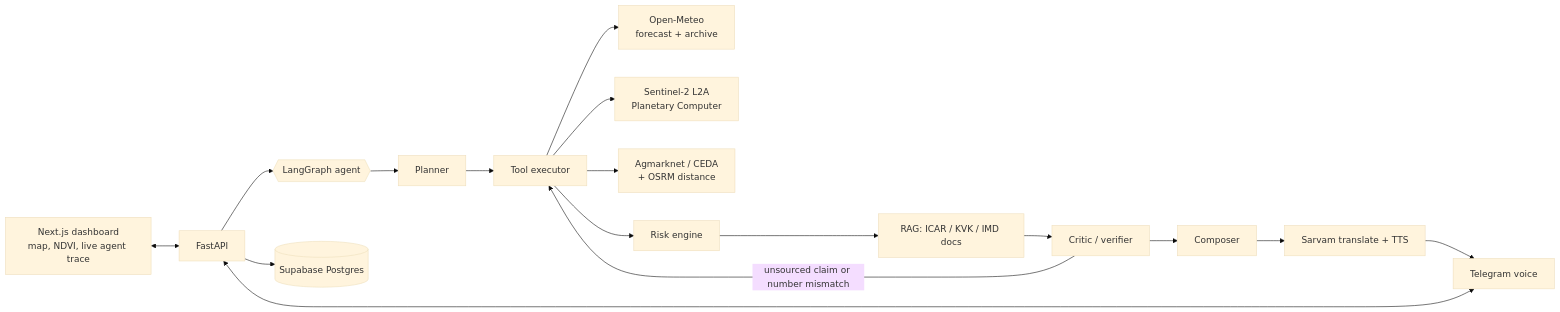
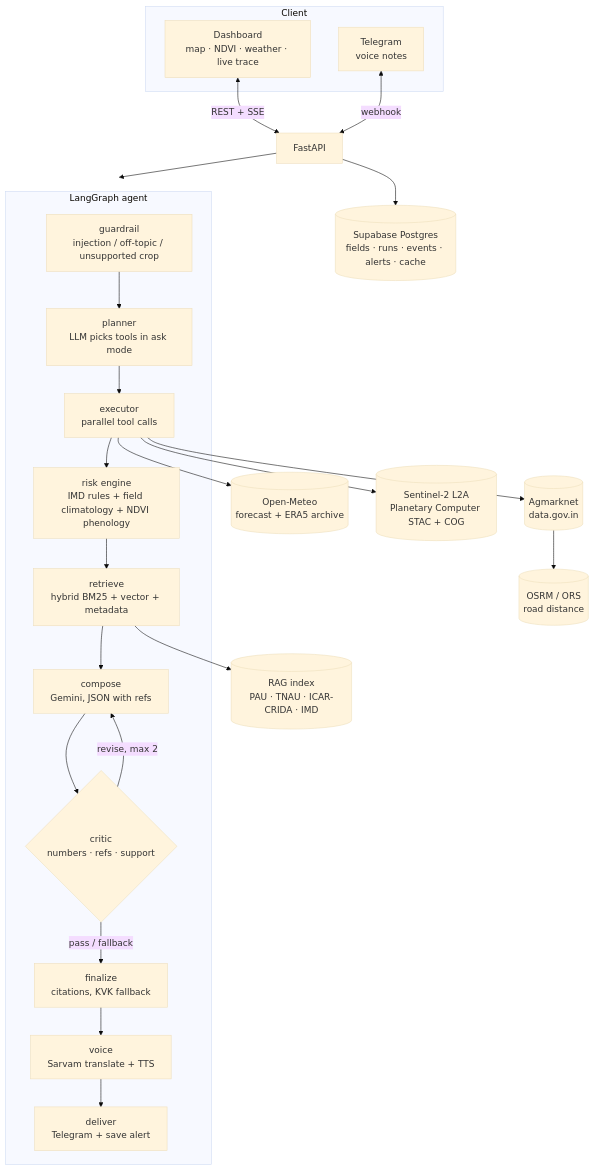
Before and after one commit to Nandani1512/KhetRakshak: the diagram in README.md, drawn with Mermaid (base theme). The commit also changed other lines of this file and 6 other files, not shown here.

Commit message:
Phase 3: neo-brutalist dashboard (EN/HI, low-data), Dockerfile, README

````diff
--- a/README.md
+++ b/README.md
@@ -19,15 +51,30 @@
 ```mermaid
-flowchart LR
-    UI[Next.js dashboard<br/>map, NDVI, live agent trace] <--> API[FastAPI]
-    TG[Telegram voice] <--> API
-    API --> G{{LangGraph agent}}
-    G --> P[Planner] --> T[Tool executor]
-    T --> W[Open-Meteo<br/>forecast + archive]
-    T --> S[Sentinel-2 L2A<br/>Planetary Computer]
-    T --> M[Agmarknet / CEDA<br/>+ OSRM distance]
-    T --> R[Risk engine] --> RAG[RAG: ICAR / KVK / IMD docs]
-    RAG --> C[Critic / verifier]
-    C -- unsourced claim or number mismatch --> T
-    C --> CO[Composer] --> V[Sarvam translate + TTS] --> TG
-    API --> DB[(Supabase Postgres)]
+flowchart TD
+    subgraph Client
+      UI[Dashboard<br/>map · NDVI · weather · live trace]
+      TG[Telegram<br/>voice notes]
+    end
+    UI <-->|REST + SSE| API[FastAPI]
+    TG <-->|webhook| API
+    API --> G
+
+    subgraph G[LangGraph agent]
+      GR[guardrail<br/>injection / off-topic / unsupported crop] --> PL[planner<br/>LLM picks tools in ask mode]
+      PL --> EX[executor<br/>parallel tool calls]
+      EX --> RK[risk engine<br/>IMD rules + field climatology + NDVI phenology]
+      RK --> RT[retrieve<br/>hybrid BM25 + vector + metadata]
+      RT --> CO[compose<br/>Gemini, JSON with refs]
+      CO --> CR{critic<br/>numbers · refs · support}
+      CR -- revise, max 2 --> CO
+      CR -- pass / fallback --> FI[finalize<br/>citations, KVK fallback]
+      FI --> VO[voice<br/>Sarvam translate + TTS]
+      VO --> DE[deliver<br/>Telegram + save alert]
+    end
+
+    EX --> W[(Open-Meteo<br/>forecast + ERA5 archive)]
+    EX --> S[(Sentinel-2 L2A<br/>Planetary Computer STAC + COG)]
+    EX --> M[(Agmarknet<br/>data.gov.in)]
+    M --> R[(OSRM / ORS<br/>road distance)]
+    RT --> IDX[(RAG index<br/>PAU · TNAU · ICAR-CRIDA · IMD)]
+    API --> DB[(Supabase Postgres<br/>fields · runs · events · alerts · cache)]
 ```
````
